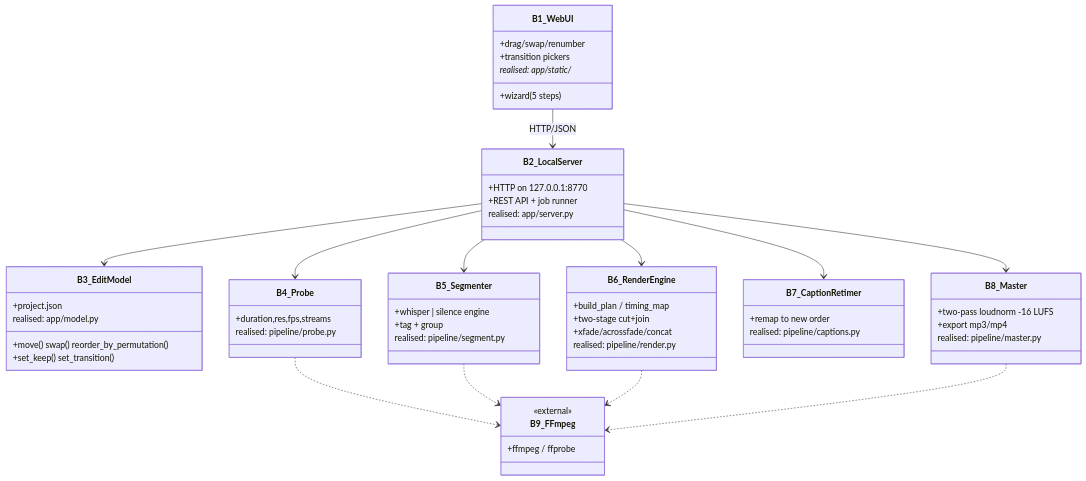
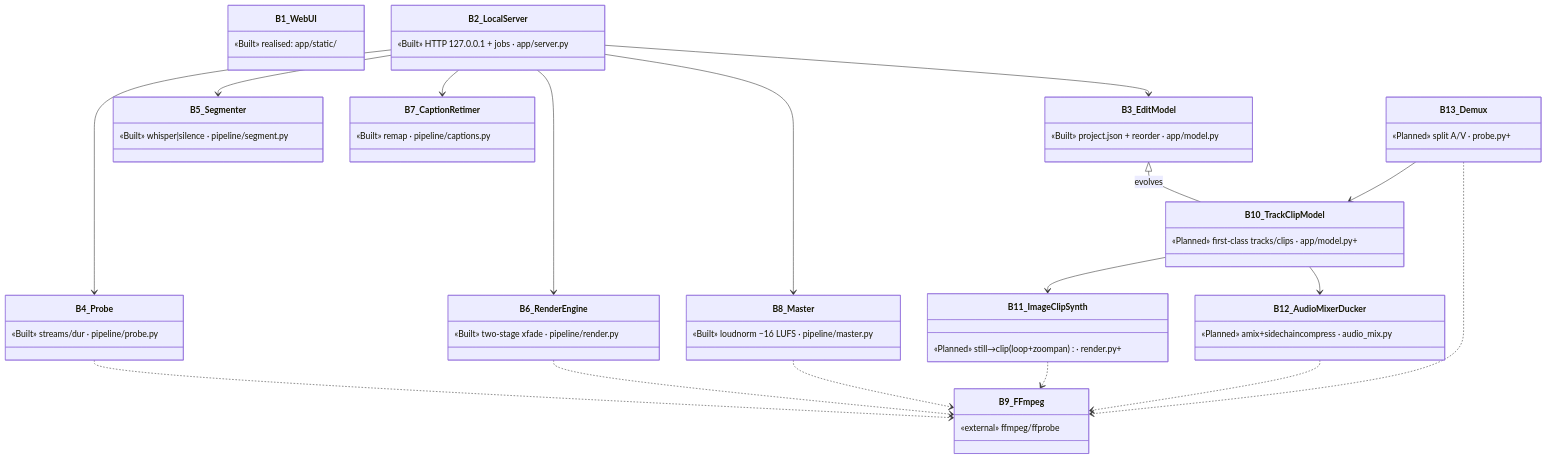
One commit to KarmaPoliceGitRepo/planets changed the second of 3 diagrams in reelcut/mbse/03-structure.md. Above: the diagram before and after it, drawn with Mermaid. The commit also changed other lines of this file and 7 other files, not shown here.

````diff
--- a/reelcut/mbse/03-structure.md
+++ b/reelcut/mbse/03-structure.md
@@ -5,60 +52,33 @@
 ```mermaid
 classDiagram
-  class B1_WebUI {
-    +wizard (5 steps)
-    +drag/swap/renumber
-    +transition pickers
-    realised: app/static/*
-  }
-  class B2_LocalServer {
-    +HTTP on 127.0.0.1:8770
-    +REST API + job runner
-    realised: app/server.py
-  }
-  class B3_EditModel {
-    +project.json
-    +move() swap() reorder_by_permutation()
-    +set_keep() set_transition()
-    realised: app/model.py
-  }
-  class B4_Probe {
-    +duration,res,fps,streams
-    realised: pipeline/probe.py
-  }
-  class B5_Segmenter {
-    +whisper | silence engine
-    +tag + group
-    realised: pipeline/segment.py
-  }
-  class B6_RenderEngine {
-    +build_plan / timing_map
-    +two-stage cut+join
-    +xfade/acrossfade/concat
-    realised: pipeline/render.py
-  }
-  class B7_CaptionRetimer {
-    +remap to new order
-    realised: pipeline/captions.py
-  }
-  class B8_Master {
-    +two-pass loudnorm -16 LUFS
-    +export mp3/mp4
-    realised: pipeline/master.py
-  }
-  class B9_FFmpeg {
-    <<external>>
-    +ffmpeg / ffprobe
-  }
+  class B1_WebUI { «Built» realised: app/static/ }
+  class B2_LocalServer { «Built» HTTP 127.0.0.1 + jobs · app/server.py }
+  class B3_EditModel { «Built» project.json + reorder · app/model.py }
+  class B4_Probe { «Built» streams/dur · pipeline/probe.py }
+  class B5_Segmenter { «Built» whisper|silence · pipeline/segment.py }
+  class B6_RenderEngine { «Built» two-stage xfade · pipeline/render.py }
+  class B7_CaptionRetimer { «Built» remap · pipeline/captions.py }
+  class B8_Master { «Built» loudnorm −16 LUFS · pipeline/master.py }
+  class B9_FFmpeg { «external» ffmpeg/ffprobe }
+  class B10_TrackClipModel { «Planned» first-class tracks/clips · app/model.py+ }
+  class B11_ImageClipSynth { «Planned» still→clip (loop+zoompan) · render.py+ }
+  class B12_AudioMixerDucker { «Planned» amix+sidechaincompress · audio_mix.py }
+  class B13_Demux { «Planned» split A/V · probe.py+ }
 
-  B1_WebUI --> B2_LocalServer : HTTP/JSON
   B2_LocalServer --> B3_EditModel
   B2_LocalServer --> B4_Probe
   B2_LocalServer --> B5_Segmenter
   B2_LocalServer --> B6_RenderEngine
   B2_LocalServer --> B7_CaptionRetimer
   B2_LocalServer --> B8_Master
+  B3_EditModel <|-- B10_TrackClipModel : evolves
+  B10_TrackClipModel --> B11_ImageClipSynth
+  B10_TrackClipModel --> B12_AudioMixerDucker
+  B13_Demux --> B10_TrackClipModel
   B4_Probe ..> B9_FFmpeg
-  B5_Segmenter ..> B9_FFmpeg
   B6_RenderEngine ..> B9_FFmpeg
   B8_Master ..> B9_FFmpeg
+  B11_ImageClipSynth ..> B9_FFmpeg
+  B12_AudioMixerDucker ..> B9_FFmpeg
+  B13_Demux ..> B9_FFmpeg
 ```
````
